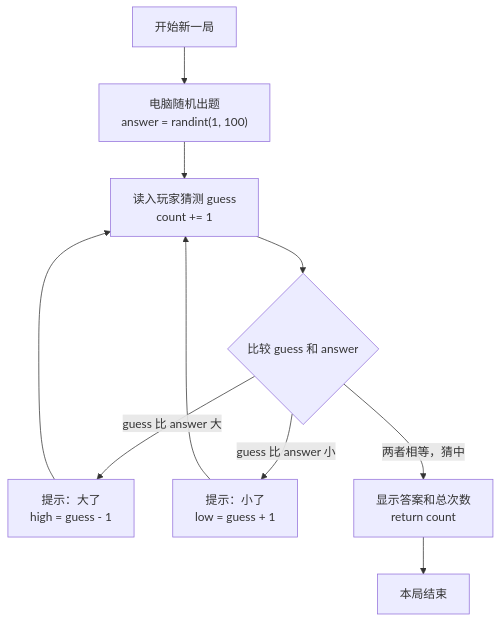
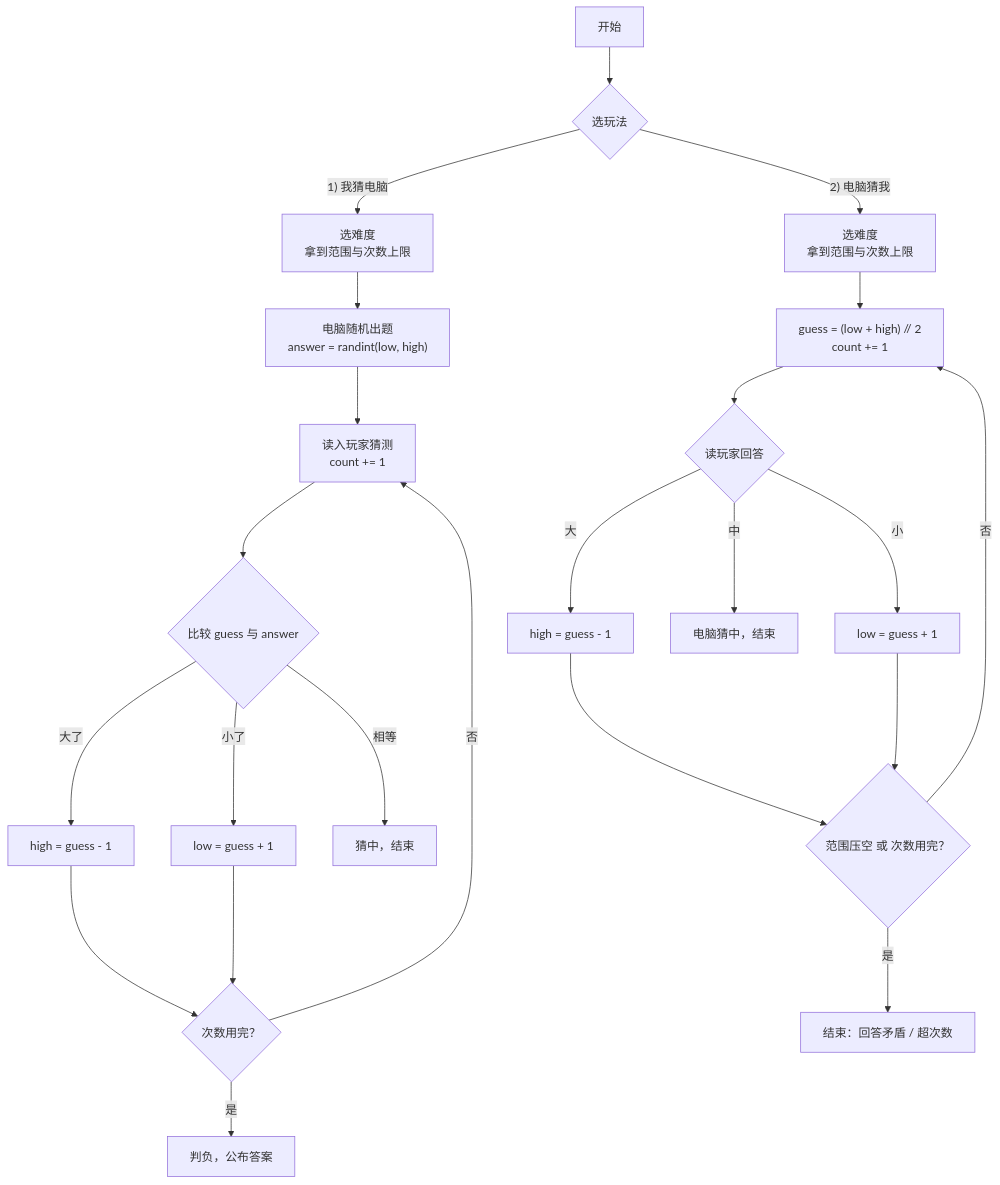
One commit to Maryn0128/guess-number changed the diagram in README.md. Above: the diagram before and after it, drawn with Mermaid. The commit also changed other lines of this file and 2 other files, not shown here.

````diff
--- a/README.md
+++ b/README.md
@@ -180,12 +262,27 @@
 ```mermaid
 flowchart TD
-    A["开始新一局"] --> B["电脑随机出题<br/>answer = randint(1, 100)"]
-    B --> C["读入玩家猜测 guess<br/>count += 1"]
-    C --> D{"比较 guess 和 answer"}
-    D -->|"guess 比 answer 大"| E["提示：大了<br/>high = guess - 1"]
-    D -->|"guess 比 answer 小"| F["提示：小了<br/>low = guess + 1"]
-    D -->|"两者相等，猜中"| G["显示答案和总次数<br/>return count"]
-    E --> C
-    F --> C
-    G --> H["本局结束"]
+    A["开始"] --> B{"选玩法"}
+    B -->|"1) 我猜电脑"| C["选难度<br/>拿到范围与次数上限"]
+    B -->|"2) 电脑猜我"| D["选难度<br/>拿到范围与次数上限"]
+
+    C --> C1["电脑随机出题<br/>answer = randint(low, high)"]
+    C1 --> C2["读入玩家猜测<br/>count += 1"]
+    C2 --> C3{"比较 guess 与 answer"}
+    C3 -->|"大了"| C4["high = guess - 1"]
+    C3 -->|"小了"| C5["low = guess + 1"]
+    C3 -->|"相等"| C6["猜中，结束"]
+    C4 --> C7{"次数用完？"}
+    C5 --> C7
+    C7 -->|"否"| C2
+    C7 -->|"是"| C8["判负，公布答案"]
+
+    D --> D1["guess = (low + high) // 2<br/>count += 1"]
+    D1 --> D2{"读玩家回答"}
+    D2 -->|"大"| D3["high = guess - 1"]
+    D2 -->|"小"| D4["low = guess + 1"]
+    D2 -->|"中"| D5["电脑猜中，结束"]
+    D3 --> D6{"范围压空 或 次数用完？"}
+    D4 --> D6
+    D6 -->|"否"| D1
+    D6 -->|"是"| D7["结束：回答矛盾 / 超次数"]
 ```
````
